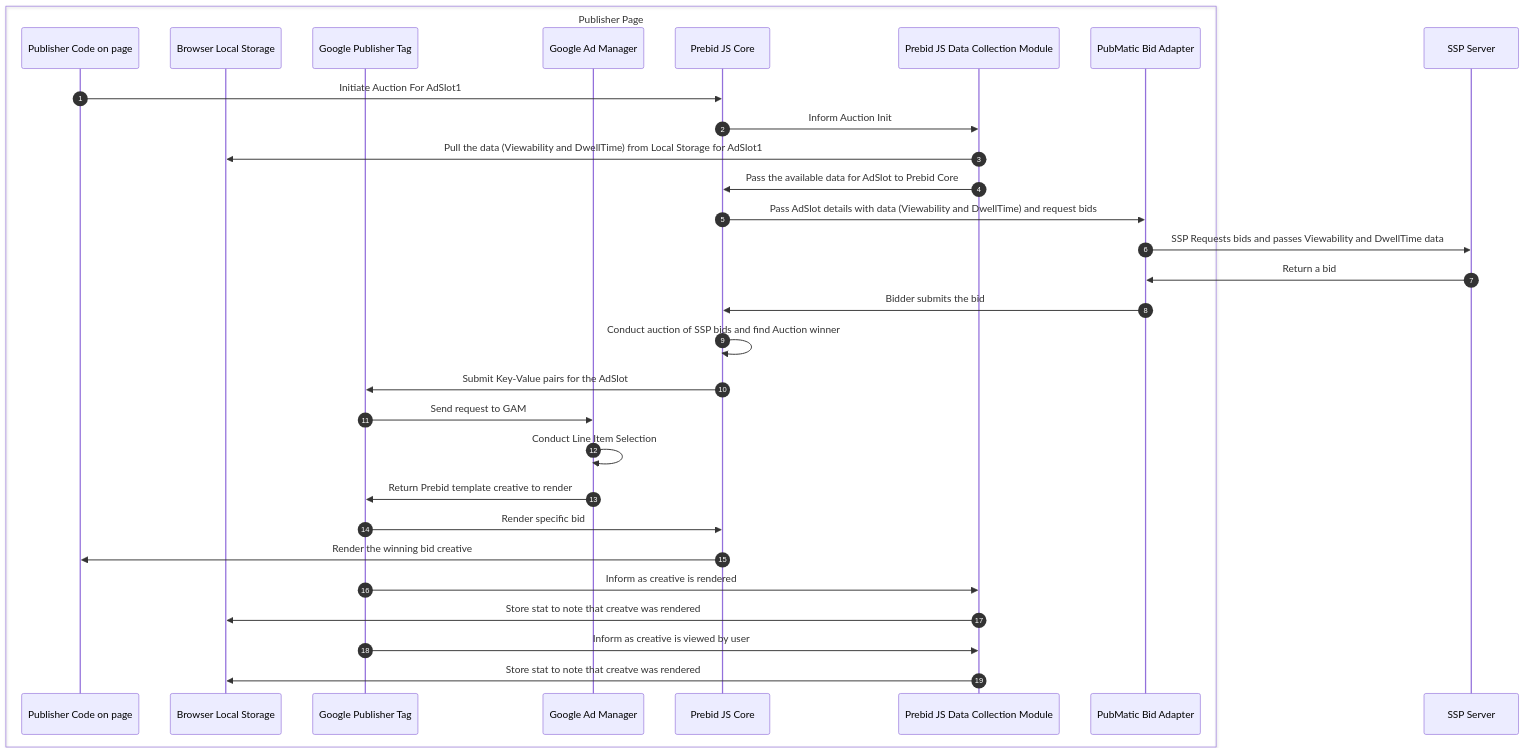
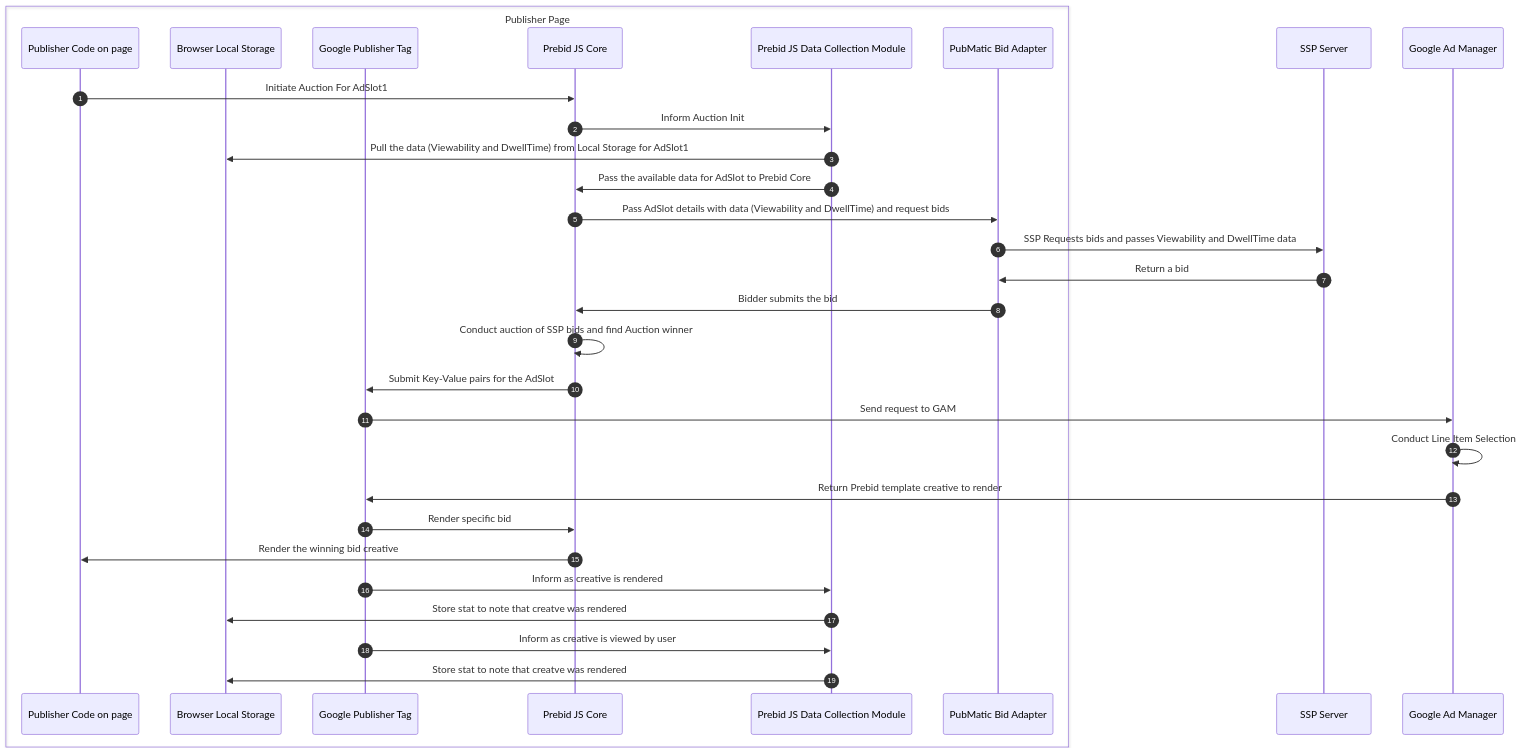
Before and after one commit to pm-harshad-mane/Diagrams: the diagram in InventoryPackaging.md, drawn with Mermaid.

````diff
--- a/InventoryPackaging.md
+++ b/InventoryPackaging.md
@@ -6,34 +6,34 @@
 ```mermaid
 sequenceDiagram
     autonumber
     box Publisher Page
     participant PubCode as Publisher Code on page
     participant LS as Browser Local Storage
-    participant GPT as Google Publisher Tag
-    participant GAM as Google Ad Manager 
+    participant GPT as Google Publisher Tag 
     participant PBJS_Core as Prebid JS Core
     participant PBJS_Module as Prebid JS Data Collection Module
     participant SSP_Bidder as PubMatic Bid Adapter
     end
     participant SSP_Server as SSP Server
+    participant GAM as Google Ad Manager
     
     PubCode->>PBJS_Core: Initiate Auction For AdSlot1
     PBJS_Core->>PBJS_Module: Inform Auction Init
     PBJS_Module->>LS: Pull the data (Viewability and DwellTime) from Local Storage for AdSlot1
     PBJS_Module->>PBJS_Core: Pass the available data for AdSlot to Prebid Core
     PBJS_Core->>SSP_Bidder: Pass AdSlot details with data (Viewability and DwellTime) and request bids
     SSP_Bidder->>SSP_Server: SSP Requests bids and passes Viewability and DwellTime data
     SSP_Server->>SSP_Bidder: Return a bid
     SSP_Bidder->>PBJS_Core: Bidder submits the bid
     PBJS_Core->>PBJS_Core: Conduct auction of SSP bids and find Auction winner
     PBJS_Core->>GPT: Submit Key-Value pairs for the AdSlot
     GPT->>GAM: Send request to GAM
     GAM->>GAM: Conduct Line Item Selection
     GAM->>GPT: Return Prebid template creative to render
     GPT->>PBJS_Core: Render specific bid
     PBJS_Core->>PubCode: Render the winning bid creative
     GPT->>PBJS_Module: Inform as creative is rendered
     PBJS_Module->>LS: Store stat to note that creatve was rendered
     GPT->>PBJS_Module: Inform as creative is viewed by user
     PBJS_Module->>LS: Store stat to note that creatve was rendered
 ```
````
